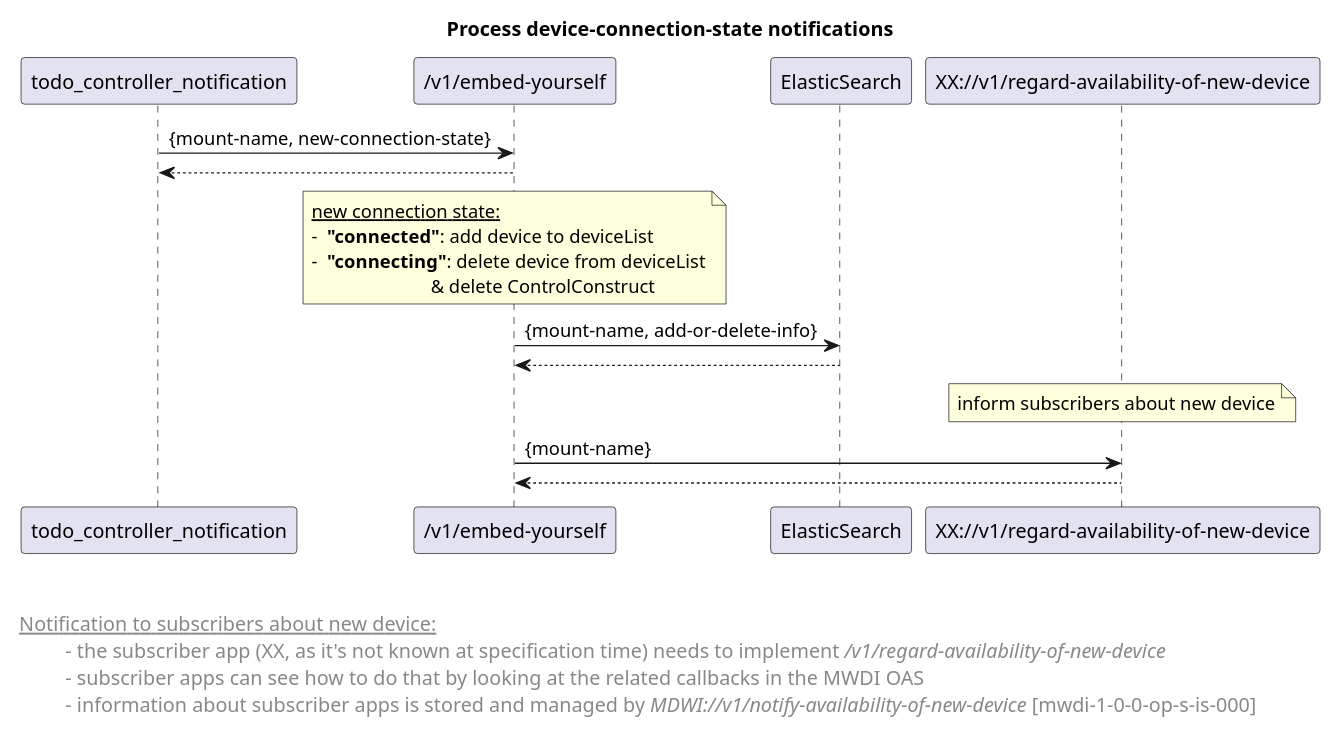
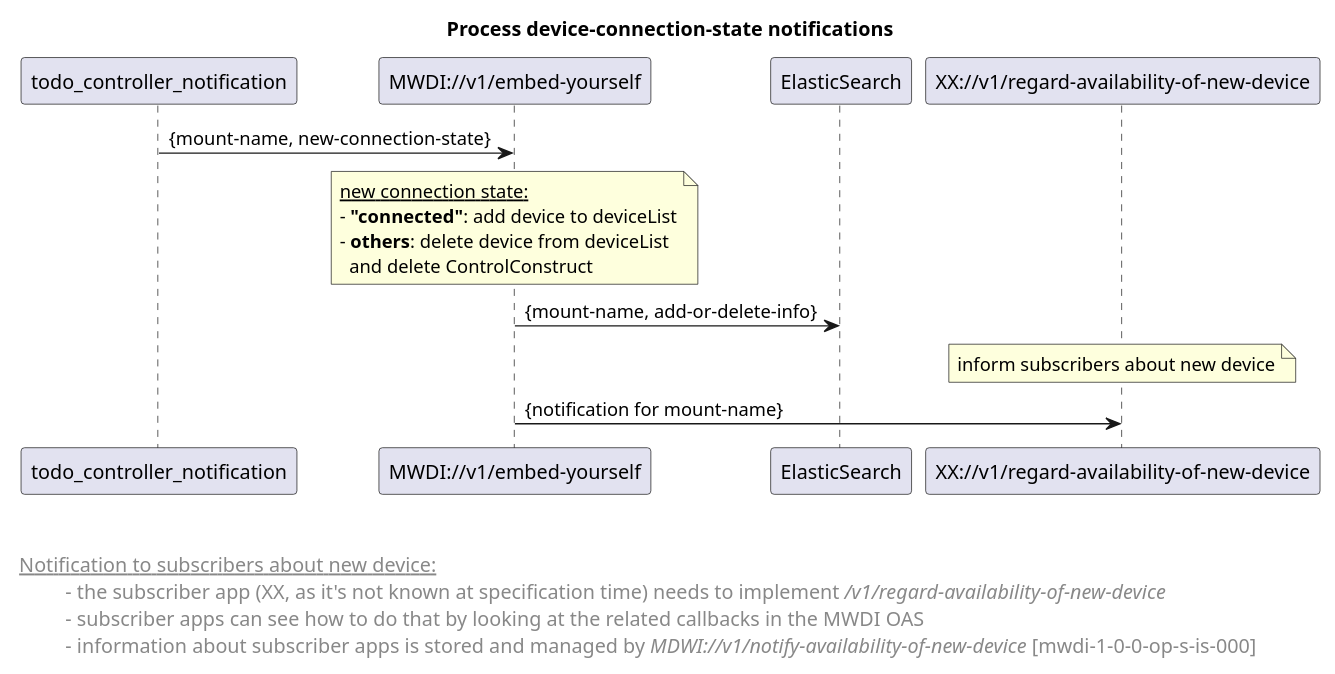
One commit to openBackhaul/MicroWaveDeviceInventory changed the diagram in spec/diagrams/02x_forwardingProcessControllerNotifications.plantuml. Above: the diagram before and after it, drawn with PlantUML. The commit also changed 6 other files, not shown here.

```diff
--- a/spec/diagrams/02x_forwardingProcessControllerNotifications.plantuml
+++ b/spec/diagrams/02x_forwardingProcessControllerNotifications.plantuml
@@ -1,54 +1,52 @@
 @startuml
 skinparam responseMessageBelowArrow true
 skinparam guillemet [ ]
 skinparam participant {
   StereotypeFontSize 12  
 }
 hide stereotype
 
 title Process device-connection-state notifications
 
 
 'participants
 participant "todo_controller_notification" as npConnectionStatusNotif <<mwdi-1-0-0-op-c-is-np-1-0-0-000>>
-participant "/v1/embed-yourself" as mwdi <<mwdi-1-0-0-op-s-bm-001>>
+participant "MWDI://v1/embed-yourself" as mwdi <<mwdi-1-0-0-op-s-bm-001>>
 participant "ElasticSearch" as es <<mwdi-1-0-0-es-c-es-1-0-0-000>>
 participant "XX://v1/regard-availability-of-new-device" as notificationToXX <<mwdi-1-0-0-op-c-is-xx-1-0-0-000>>
 
 
 npConnectionStatusNotif -> mwdi: {mount-name, new-connection-state}
-mwdi --> npConnectionStatusNotif
 
 note over mwdi
  <u>new connection state:</u>
- - <b> "connected"</b>: add device to deviceList
- - <b> "connecting"</b>: delete device from deviceList
-                          & delete ControlConstruct
+ - <b>"connected"</b>: add device to deviceList
+ - <b>others</b>: delete device from deviceList
+   and delete ControlConstruct
 end note
 
 mwdi -> es: {mount-name, add-or-delete-info}
-es --> mwdi
 
 'inform subscribers about new device
 note over notificationToXX: inform subscribers about new device
-mwdi -> notificationToXX: {mount-name}
-notificationToXX --> mwdi
+mwdi -> notificationToXX: {notification for mount-name}
+
 
 
 left footer 
 
 
 <u> Notification to subscribers about new device:</u>
 \t  - the subscriber app (XX, as it's not known at specification time) needs to implement <i>/v1/regard-availability-of-new-device</i>
 \t  - subscriber apps can see how to do that by looking at the related callbacks in the MWDI OAS 
 \t  - information about subscriber apps is stored and managed by <i>MDWI://v1/notify-availability-of-new-device</i> [mwdi-1-0-0-op-s-is-000]
 end footer
 
 <style>
 footer {
   HorizontalAlignment left
   FontSize 14
 }
 </style>
 
 @enduml
```
